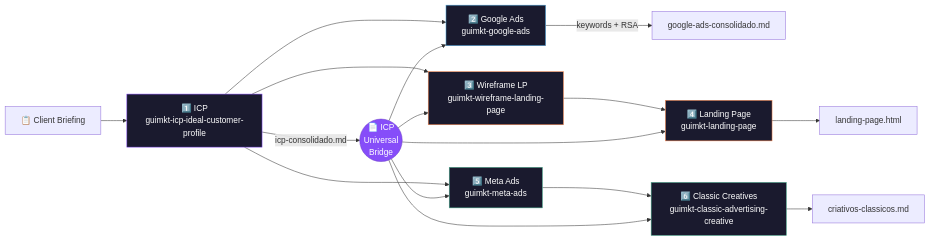
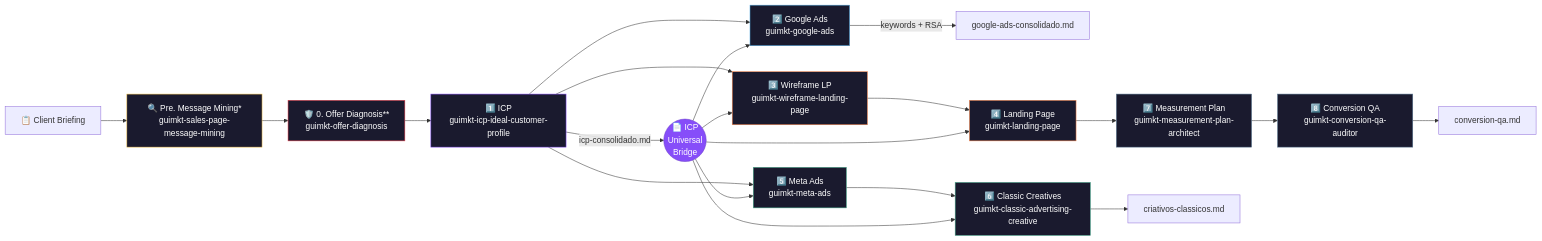
Before and after one commit to guilhermemarketing/esc-skills: the second of 4 diagrams in README.md, drawn with Mermaid. The commit also changed other lines of this file and 19 other files, not shown here.

````diff
--- a/README.md
+++ b/README.md
@@ -155,27 +155,37 @@
 ```mermaid
 flowchart LR
-    B["📋 Client Briefing"] --> S1
+    B["📋 Client Briefing"] --> SPre
+
+    SPre["🔍 Pre. Message Mining*\nguimkt-sales-page-message-mining"] --> S0
+    S0["🛡️ 0. Offer Diagnosis**\nguimkt-offer-diagnosis"] --> S1
 
     S1["1️⃣ ICP\nguimkt-icp-ideal-customer-profile"] --> S2
     S1 --> S3
     S1 --> S5
 
     S2["2️⃣ Google Ads\nguimkt-google-ads"] --> |keywords + RSA| OUT2["google-ads-consolidado.md"]
 
     S3["3️⃣ Wireframe LP\nguimkt-wireframe-landing-page"] --> S4
-    S4["4️⃣ Landing Page\nguimkt-landing-page"] --> OUT4["landing-page.html"]
+    S4["4️⃣ Landing Page\nguimkt-landing-page"] --> S7
 
     S5["5️⃣ Meta Ads\nguimkt-meta-ads"] --> S6
     S6["6️⃣ Classic Creatives\nguimkt-classic-advertising-creative"] --> OUT6["criativos-classicos.md"]
+
+    S7["7️⃣ Measurement Plan\nguimkt-measurement-plan-architect"] --> S8
+    S8["8️⃣ Conversion QA\nguimkt-conversion-qa-auditor"] --> OUT8["conversion-qa.md"]
 
     S1 --> |icp-consolidado.md| BRIDGE(("📄 ICP\nUniversal\nBridge"))
     BRIDGE --> S2 & S3 & S4 & S5 & S6
 
     style BRIDGE fill:#864df9,stroke:#6b3cc9,color:#fff
+    style SPre fill:#1a1a2e,stroke:#f9c74f,color:#fff
+    style S0 fill:#1a1a2e,stroke:#e63946,color:#fff
     style S1 fill:#1a1a2e,stroke:#864df9,color:#fff
     style S2 fill:#1a1a2e,stroke:#4ea8de,color:#fff
     style S3 fill:#1a1a2e,stroke:#f9844a,color:#fff
     style S4 fill:#1a1a2e,stroke:#f9844a,color:#fff
     style S5 fill:#1a1a2e,stroke:#43aa8b,color:#fff
     style S6 fill:#1a1a2e,stroke:#43aa8b,color:#fff
+    style S7 fill:#1a1a2e,stroke:#577590,color:#fff
+    style S8 fill:#1a1a2e,stroke:#577590,color:#fff
 ```
````
